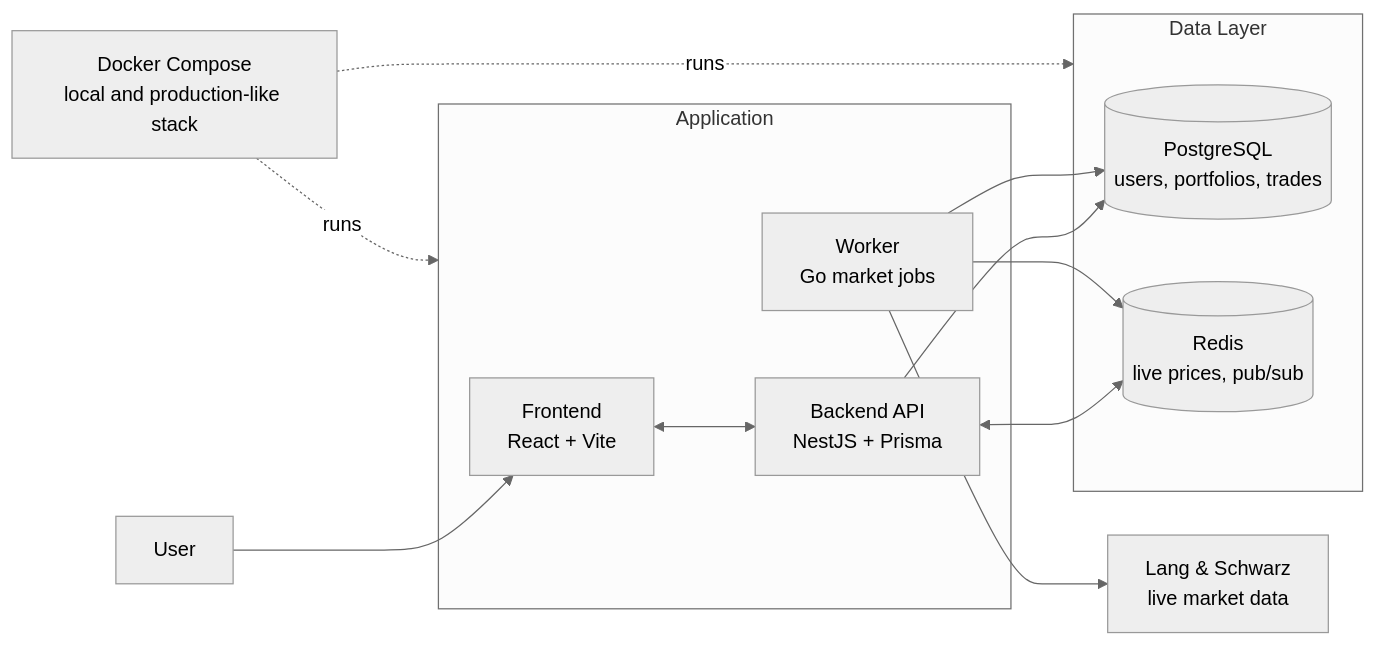
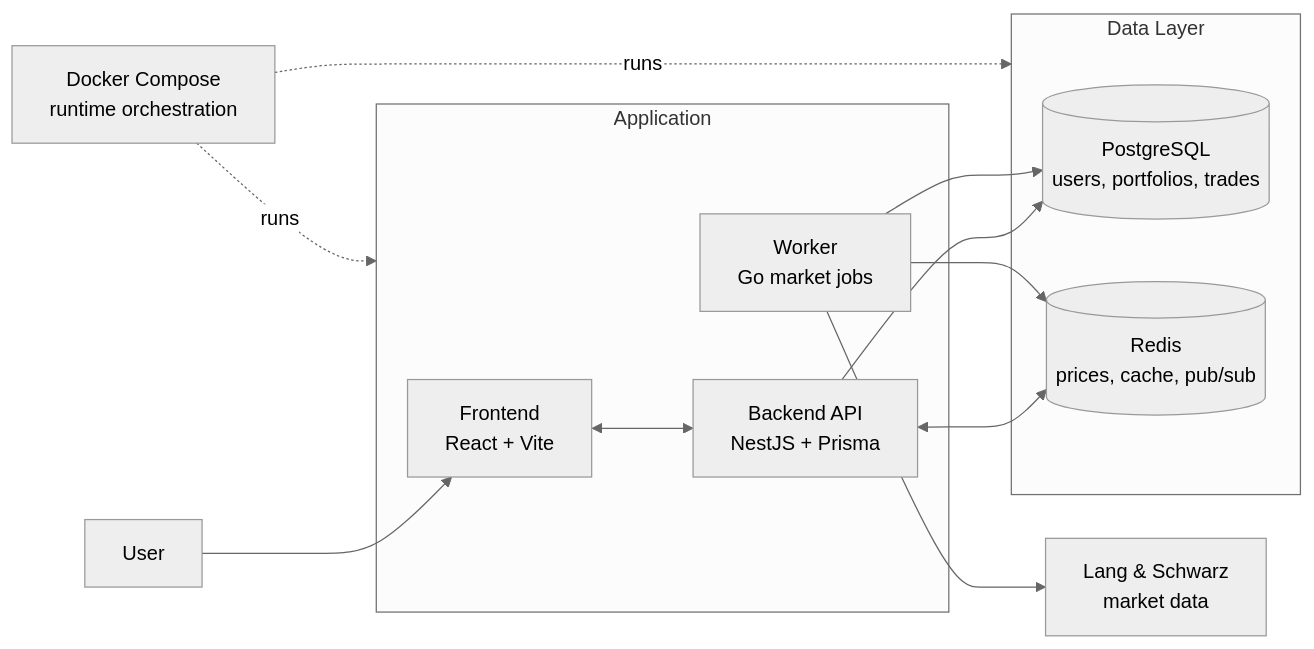
The diagram in README.md (JakobAIOdev/Tradevise), drawn with Mermaid (neutral theme) before and after one commit. The commit also changed other lines of this file and 10 other files, not shown here.

````diff
--- a/README.md
+++ b/README.md
@@ -27,31 +86,31 @@
 ```mermaid
 flowchart LR
     user[User]
 
-    subgraph app[Application]
+    subgraph application[Application]
         frontend[Frontend<br/>React + Vite]
         backend[Backend API<br/>NestJS + Prisma]
         worker[Worker<br/>Go market jobs]
     end
 
     subgraph data[Data Layer]
         postgres[(PostgreSQL<br/>users, portfolios, trades)]
-        redis[(Redis<br/>live prices, pub/sub)]
+        redis[(Redis<br/>prices, cache, pub/sub)]
     end
 
-    market[Lang & Schwarz<br/>live market data]
-    docker[Docker Compose<br/>local and production-like stack]
+    market[Lang & Schwarz<br/>market data]
+    docker[Docker Compose<br/>runtime orchestration]
 
     user --> frontend
     frontend <--> backend
 
     backend --> postgres
     backend <--> redis
 
     worker --> market
     worker --> postgres
     worker --> redis
 
-    docker -. runs .-> app
+    docker -. runs .-> application
     docker -. runs .-> data
 ```
````
